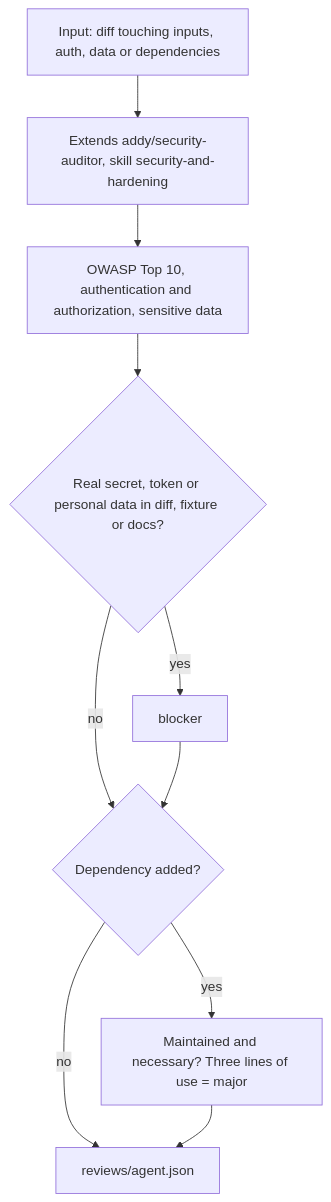
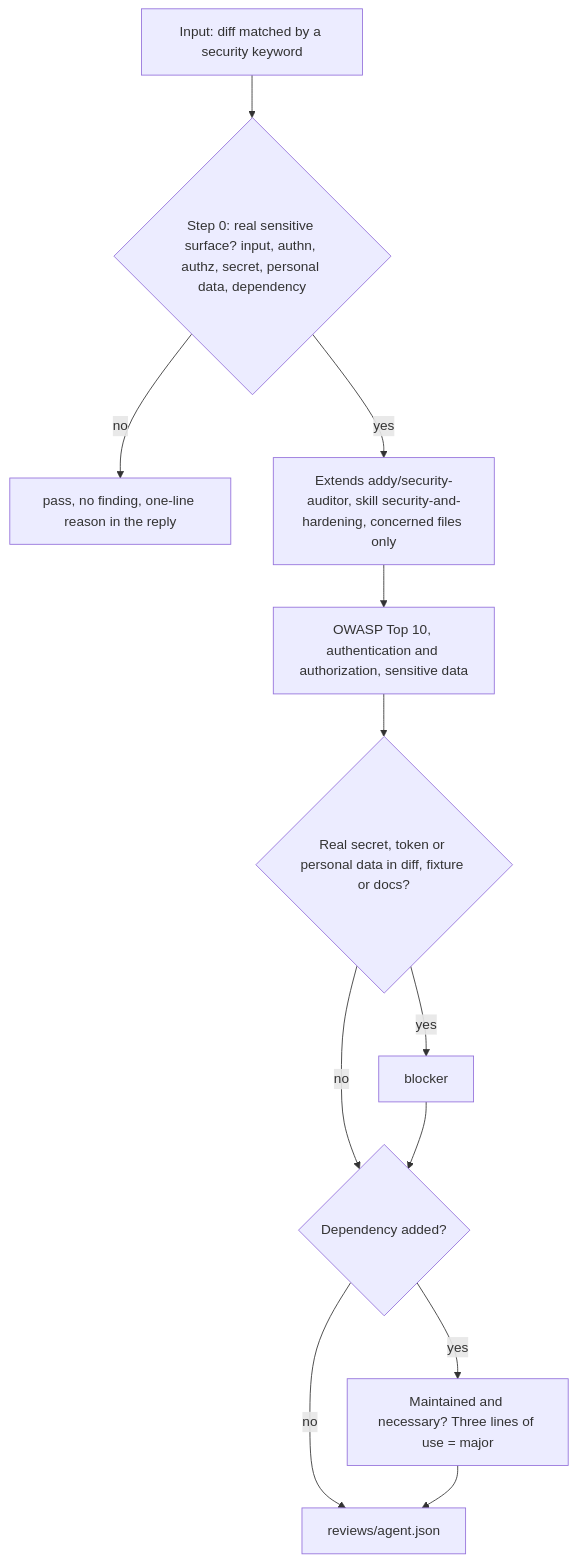
Before and after one commit to nicolasmondain/adorno: the ninth of 11 diagrams in src/agents/review/SCHEMA.md, drawn with Mermaid. The commit also changed other lines of this file and 220 other files, not shown here.

````diff
--- a/src/agents/review/SCHEMA.md
+++ b/src/agents/review/SCHEMA.md
@@ -136,12 +136,14 @@
 ```mermaid
 flowchart TD
-  A["Input: diff touching inputs, auth, data or dependencies"] --> B["Extends addy/security-auditor, skill security-and-hardening"]
+  A["Input: diff matched by a security keyword"] --> Q{"Step 0: real sensitive surface? input, authn, authz, secret, personal data, dependency"}
+  Q -->|"no"| P["pass, no finding, one-line reason in the reply"]
+  Q -->|"yes"| B["Extends addy/security-auditor, skill security-and-hardening, concerned files only"]
   B --> C["OWASP Top 10, authentication and authorization, sensitive data"]
   C --> D{"Real secret, token or personal data in diff, fixture or docs?"}
   D -->|"yes"| E["blocker"]
   D -->|"no"| F{"Dependency added?"}
   E --> F
   F -->|"yes"| G["Maintained and necessary? Three lines of use = major"]
   F -->|"no"| H["reviews/agent.json"]
   G --> H
 ```
````
